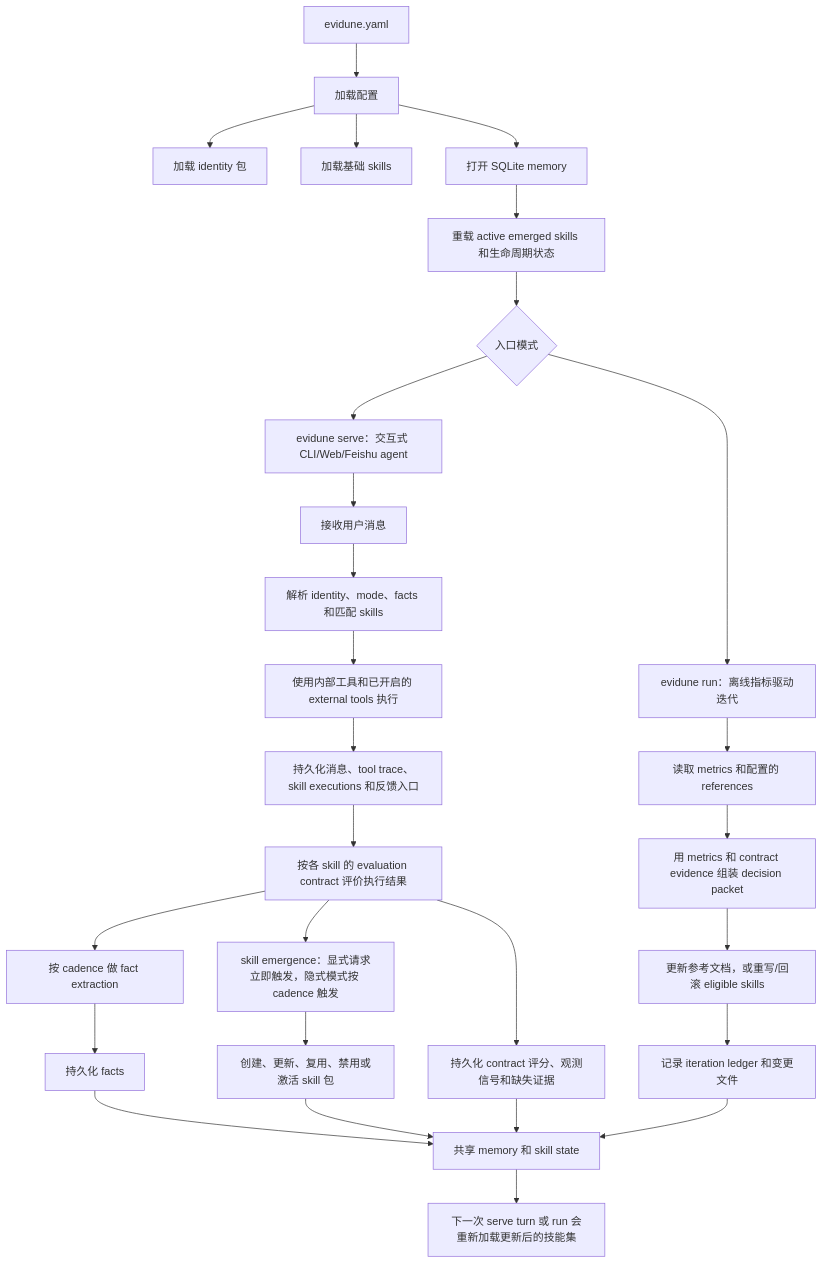
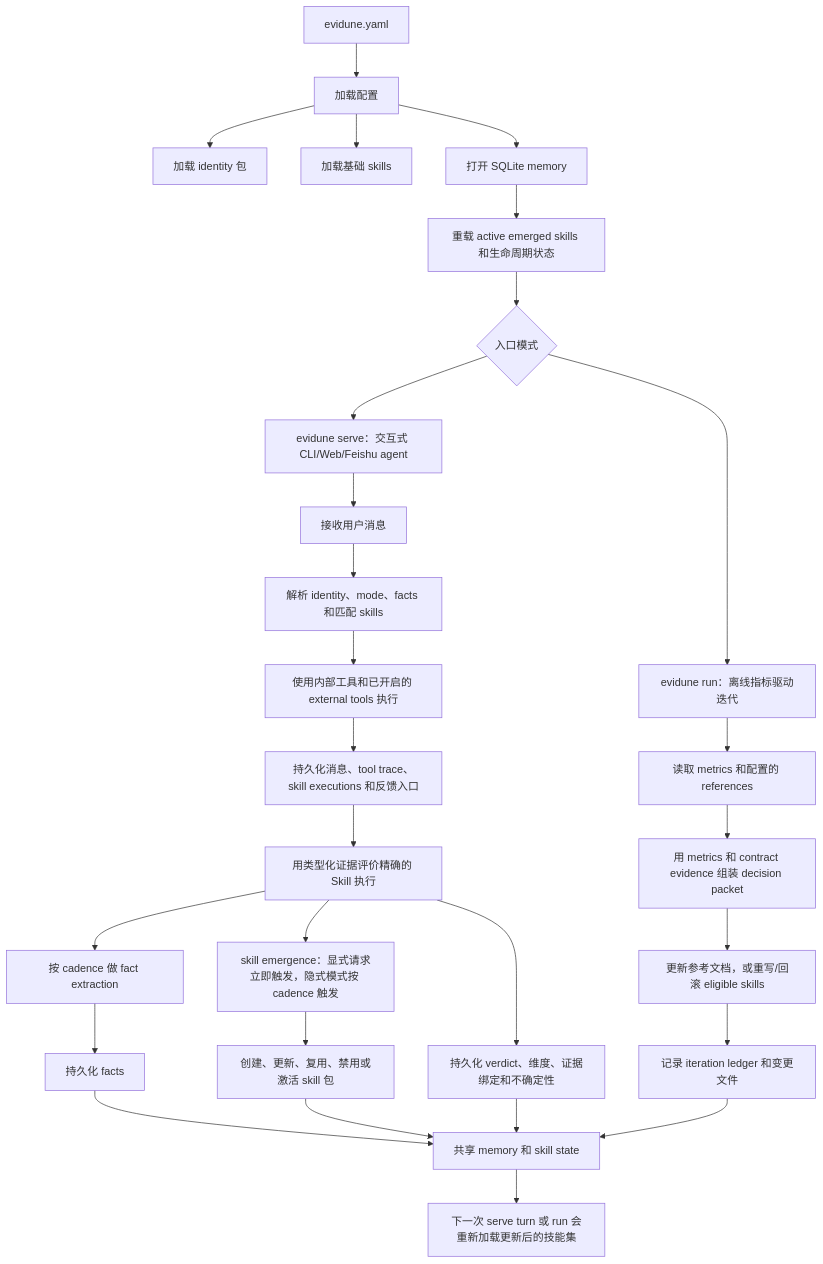
The first of 2 diagrams in README.zh-CN.md (Evidune/Evidune), drawn with Mermaid before and after one commit. The commit also changed other lines of this file and 73 other files, not shown here.

First line of the commit message:
feat(evaluation): add execution-grounded skill iteration

````diff
--- a/README.zh-CN.md
+++ b/README.zh-CN.md
@@ -91,35 +91,35 @@
 ```mermaid
 flowchart TD
     A["evidune.yaml"] --> B["加载配置"]
     B --> C["加载 identity 包"]
     B --> D["加载基础 skills"]
     B --> E["打开 SQLite memory"]
     E --> F["重载 active emerged skills 和生命周期状态"]
 
     F --> G{"入口模式"}
 
     G --> H["evidune serve：交互式 CLI/Web/Feishu agent"]
     H --> I["接收用户消息"]
     I --> J["解析 identity、mode、facts 和匹配 skills"]
     J --> K["使用内部工具和已开启的 external tools 执行"]
     K --> L["持久化消息、tool trace、skill executions 和反馈入口"]
-    L --> X["按各 skill 的 evaluation contract 评价执行结果"]
+    L --> X["用类型化证据评价精确的 Skill 执行"]
     X --> M["按 cadence 做 fact extraction"]
     X --> N["skill emergence：显式请求立即触发，隐式模式按 cadence 触发"]
 
     G --> O["evidune run：离线指标驱动迭代"]
     O --> P["读取 metrics 和配置的 references"]
     P --> Q["用 metrics 和 contract evidence 组装 decision packet"]
     Q --> R["更新参考文档，或重写/回滚 eligible skills"]
 
     M --> S["持久化 facts"]
     N --> T["创建、更新、复用、禁用或激活 skill 包"]
-    X --> Y["持久化 contract 评分、观测信号和缺失证据"]
+    X --> Y["持久化 verdict、维度、证据绑定和不确定性"]
     R --> U["记录 iteration ledger 和变更文件"]
 
     S --> V["共享 memory 和 skill state"]
     T --> V
     Y --> V
     U --> V
     V --> W["下一次 serve turn 或 run 会重新加载更新后的技能集"]
 ```
````
